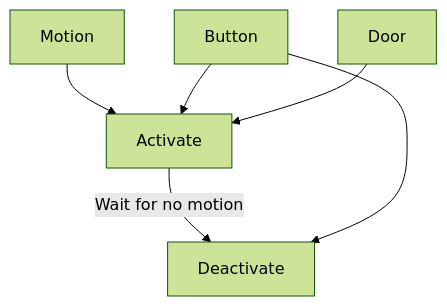
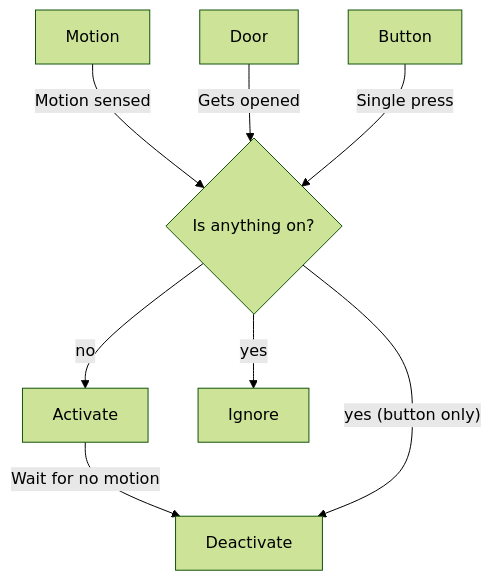
Before and after one commit to jsl12/room_control: the diagram in README.md, drawn with Mermaid (forest theme).

Commit message:
mermaid update

````diff
--- a/README.md
+++ b/README.md
@@ -3,8 +3,12 @@
 ```mermaid
 graph TD
-    Motion --> Activate
-    Button --> Activate
-    Door --> Activate
+    state_check{Is anything on?}
+    state_check -- no --> Activate
+    state_check -- yes --> Ignore
+
+    Motion -- "Motion sensed" --> state_check
+    Door -- "Gets opened" --> state_check
+    Button -- "Single press" --> state_check
     Activate -- "Wait for no motion" --> Deactivate
-    Button --> Deactivate
+    state_check -- "yes (button only)" --> Deactivate
 ```
````
